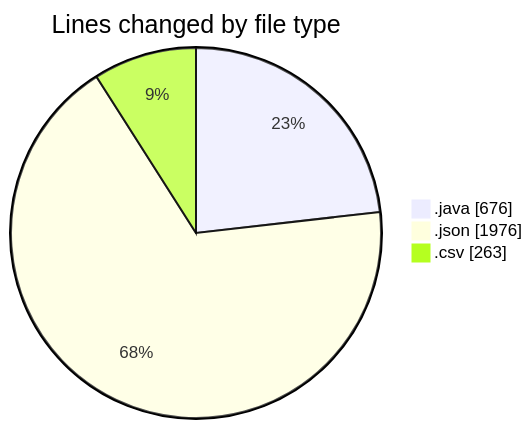
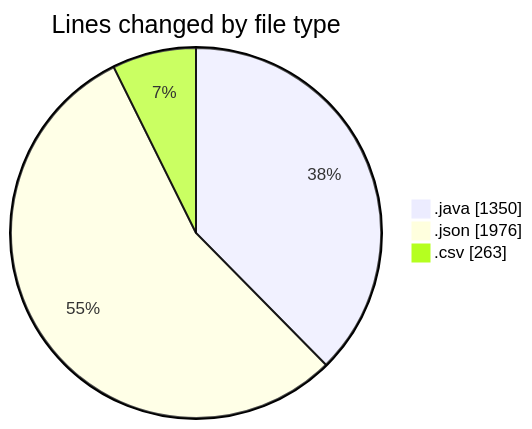
Before and after one commit to ricardozamudiocil/code-tracking: the first of 2 diagrams in 2026-02-24/cilapp/README.md, drawn with Mermaid. The commit also changed other lines of this file and 1 other file, not shown here.

````diff
--- a/2026-02-24/cilapp/README.md
+++ b/2026-02-24/cilapp/README.md
@@ -23,7 +23,7 @@
 ```mermaid
 pie showData
 title Lines changed by file type
-".java" : 676
+".java" : 1350
 ".json" : 1976
 ".csv" : 263
 ```
````
